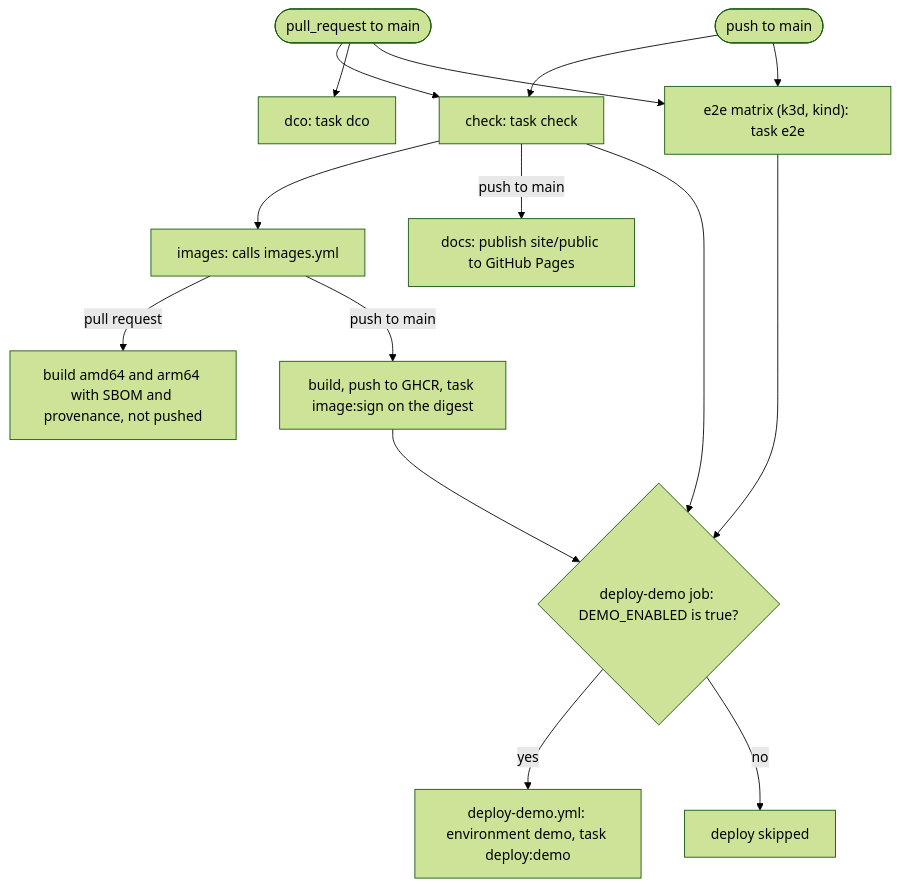
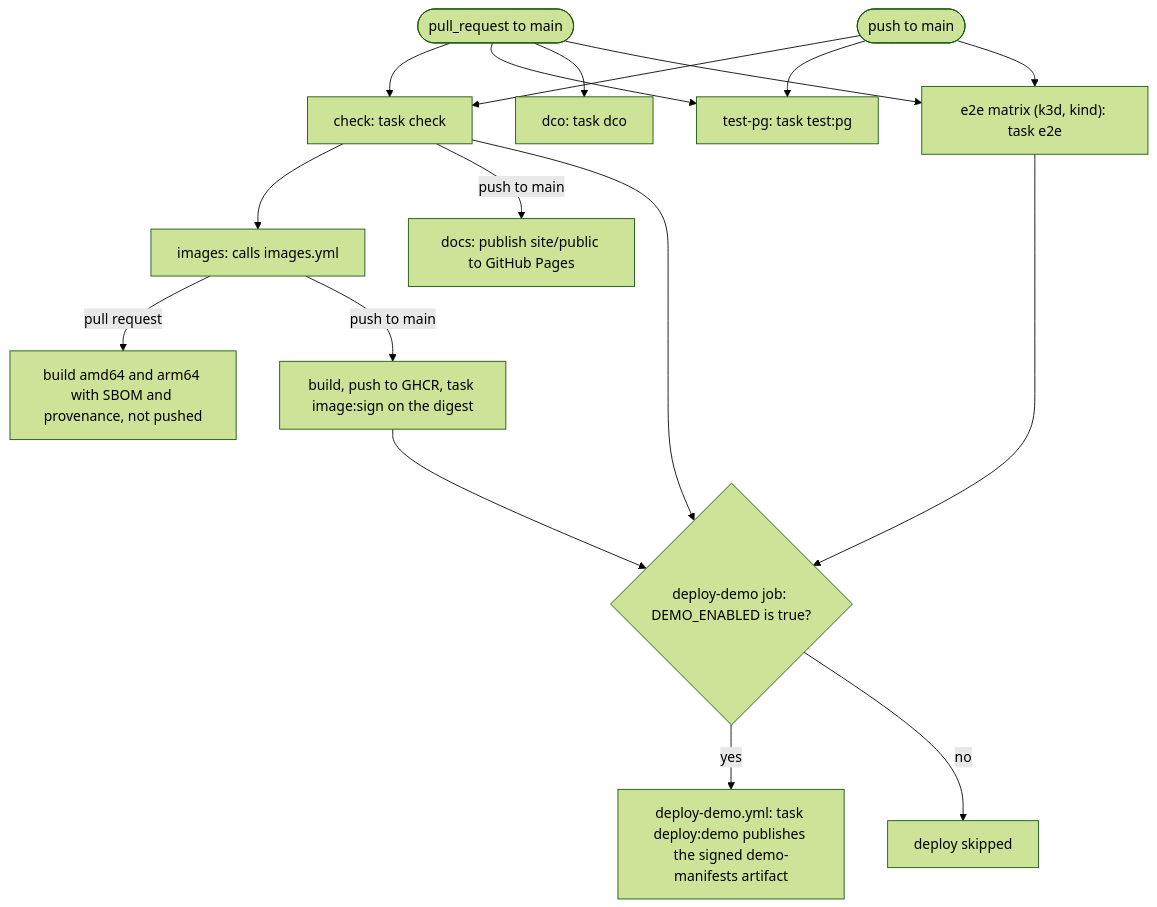
Before and after one commit to arkadiuss/openfief: the third of 5 diagrams in docs/dev/pipeline.md, drawn with Mermaid (forest theme). The commit also changed other lines of this file and 3 other files, not shown here.

````diff
--- a/docs/dev/pipeline.md
+++ b/docs/dev/pipeline.md
@@ -134,16 +138,17 @@
 ```mermaid
 flowchart TD
   pr(["pull_request to main"])
   push(["push to main"])
-  pr --> check & dco & e2e
-  push --> check & e2e
+  pr --> check & testpg & dco & e2e
+  push --> check & testpg & e2e
   check["check: task check"] --> images["images: calls images.yml"]
   check -->|"push to main"| docsjob["docs: publish site/public to GitHub Pages"]
+  testpg["test-pg: task test:pg"]
   dco["dco: task dco"]
   e2e["e2e matrix (k3d, kind): task e2e"]
   images -->|"pull request"| build["build amd64 and arm64 with SBOM and provenance, not pushed"]
   images -->|"push to main"| pub["build, push to GHCR, task image:sign on the digest"]
   check & e2e & pub --> gate{"deploy-demo job: DEMO_ENABLED is true?"}
-  gate -->|"yes"| demo["deploy-demo.yml: environment demo, task deploy:demo"]
+  gate -->|"yes"| demo["deploy-demo.yml: task deploy:demo publishes the signed demo-manifests artifact"]
   gate -->|"no"| skip["deploy skipped"]
 ```
````
